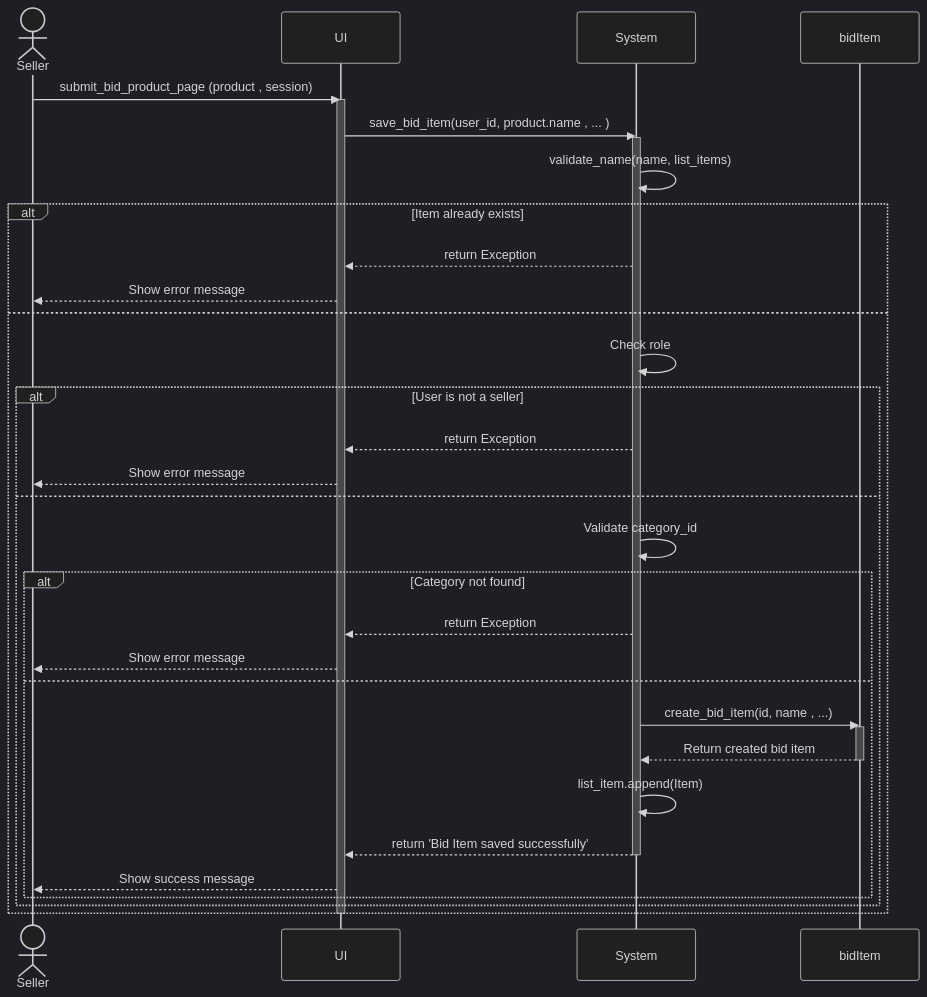
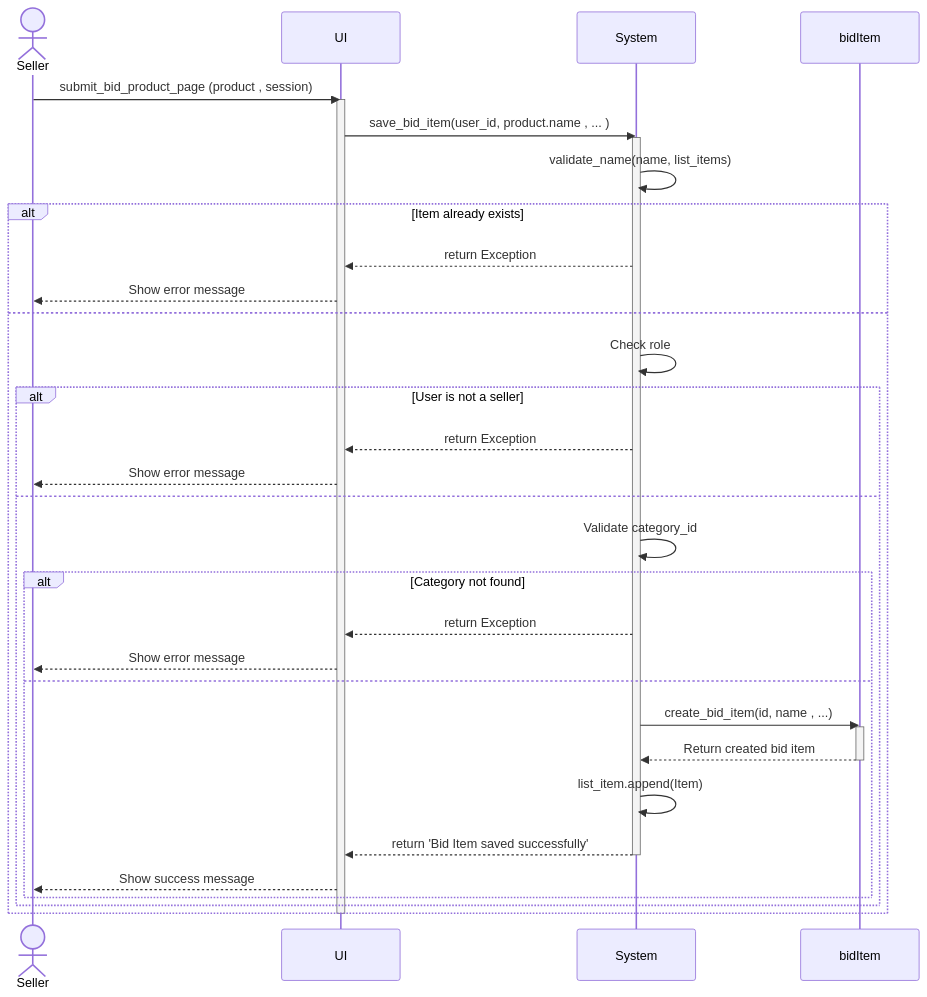
One commit to Bokutosimp/CE_OOP_PROJECT changed the diagram in diagram/sequence/submit_bid_product_page.md. Above: the diagram before and after it, drawn with Mermaid. The commit also changed 6 other files, not shown here.

````diff
--- a/diagram/sequence/submit_bid_product_page.md
+++ b/diagram/sequence/submit_bid_product_page.md
@@ -1,49 +1,45 @@
 ```mermaid
----
-config:
- theme: dark
- look: classic
----
+
 sequenceDiagram
    actor Seller
    participant UI
    participant System
    participant bidItem
 
 
 
 
 Seller ->> UI : submit_bid_product_page (product , session)
    activate UI
    UI ->> System : save_bid_item(user_id, product.name , ... )
    activate System
    System ->> System : validate_name(name, list_items)
    alt Item already exists
        System -->> UI :  return Exception
        UI -->> Seller : Show error message
    else
        System ->> System : Check role
        alt User is not a seller
            System -->> UI :  return Exception
            UI -->> Seller : Show error message
        else
            System ->> System : Validate category_id
            alt Category not found
                System -->> UI : return Exception
                UI -->> Seller : Show error message
            else
                System ->> bidItem : create_bid_item(id, name , ...)
                activate bidItem
                bidItem -->> System : Return created bid item
                deactivate bidItem
                System ->> System : list_item.append(Item)
                System -->> UI : return 'Bid Item saved successfully'
                 deactivate System
                UI -->> Seller : Show success message
            end
        end
 
    end
    deactivate UI
 
 ```
````
